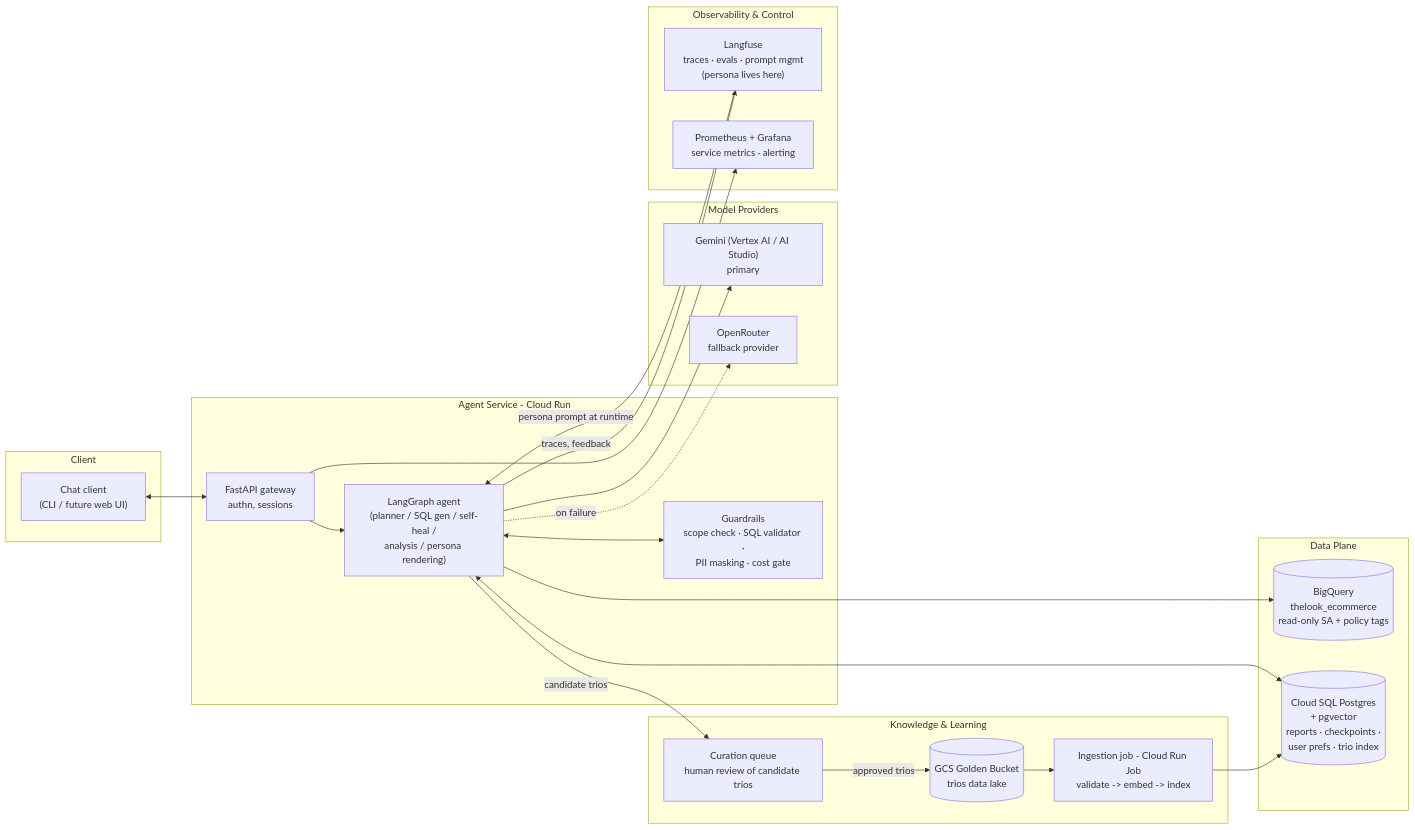
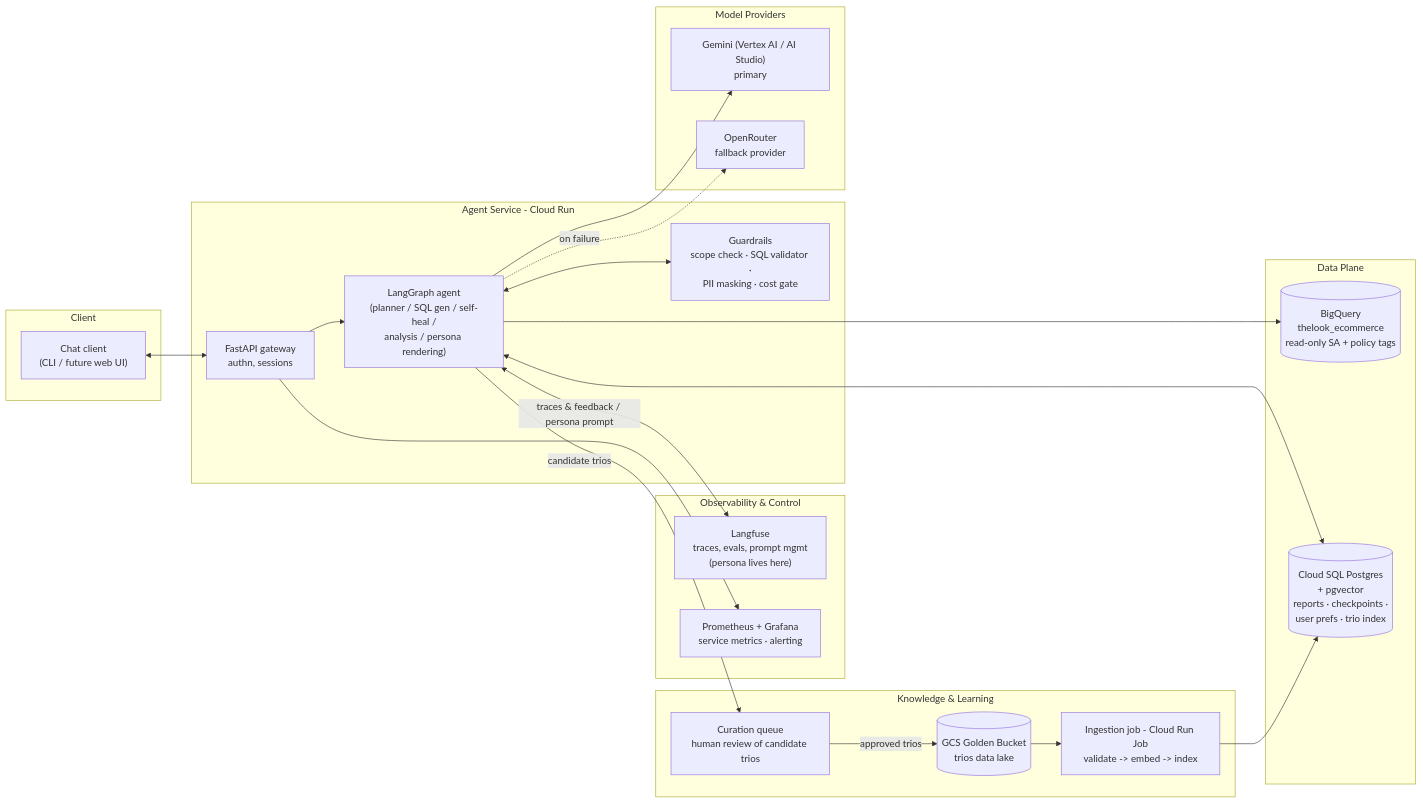
The first of 3 diagrams in docs/ARCHITECTURE.md (da-the-dev/opsfleet-take-home-sql-agent), drawn with Mermaid before and after one commit.

Commit message:
docs: made hld diagram more readable

````diff
--- a/docs/ARCHITECTURE.md
+++ b/docs/ARCHITECTURE.md
@@ -46,47 +46,46 @@
 ```mermaid
 flowchart LR
     subgraph Client
         CLI["Chat client<br/>(CLI / future web UI)"]
     end
 
     subgraph AgentService["Agent Service - Cloud Run"]
         API["FastAPI gateway<br/>authn, sessions"]
         GRAPH["LangGraph agent<br/>(planner / SQL gen / self-heal /<br/>analysis / persona rendering)"]
         GUARD["Guardrails<br/>scope check · SQL validator ·<br/>PII masking · cost gate"]
         API --> GRAPH
         GRAPH <--> GUARD
+    end
+
+    subgraph Obs["Observability & Control"]
+        LF["Langfuse<br/>traces, evals, prompt mgmt<br/>(persona lives here)"]
+        PROM["Prometheus + Grafana<br/>service metrics · alerting"]
     end
 
     subgraph DataPlane["Data Plane"]
         BQ[("BigQuery<br/>thelook_ecommerce<br/>read-only SA + policy tags")]
         PG[("Cloud SQL Postgres<br/>+ pgvector<br/>reports · checkpoints ·<br/>user prefs · trio index")]
     end
 
     subgraph Knowledge["Knowledge & Learning"]
         GCS[("GCS Golden Bucket<br/>trios data lake")]
         INGEST["Ingestion job - Cloud Run Job<br/>validate -> embed -> index"]
         CURATE["Curation queue<br/>human review of candidate trios"]
         GCS --> INGEST --> PG
         CURATE -->|approved trios| GCS
     end
 
     subgraph LLM["Model Providers"]
         GEMINI["Gemini (Vertex AI / AI Studio)<br/>primary"]
         OR["OpenRouter<br/>fallback provider"]
     end
 
-    subgraph Obs["Observability & Control"]
-        LF["Langfuse<br/>traces · evals · prompt mgmt<br/>(persona lives here)"]
-        PROM["Prometheus + Grafana<br/>service metrics · alerting"]
-    end
-
     CLI <--> API
     GRAPH --> BQ
     GRAPH <--> PG
     GRAPH --> GEMINI
     GRAPH -. "on failure" .-> OR
-    GRAPH -->|traces, feedback| LF
+    GRAPH <-->|traces & feedback / persona prompt| LF
     GRAPH -->|candidate trios| CURATE
-    LF -->|persona prompt at runtime| GRAPH
     API --> PROM
 ```
````
